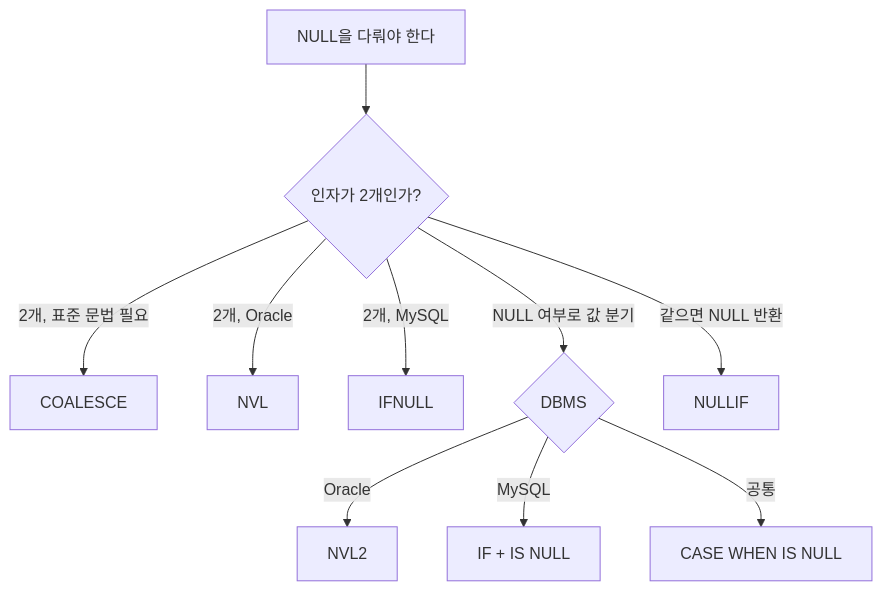
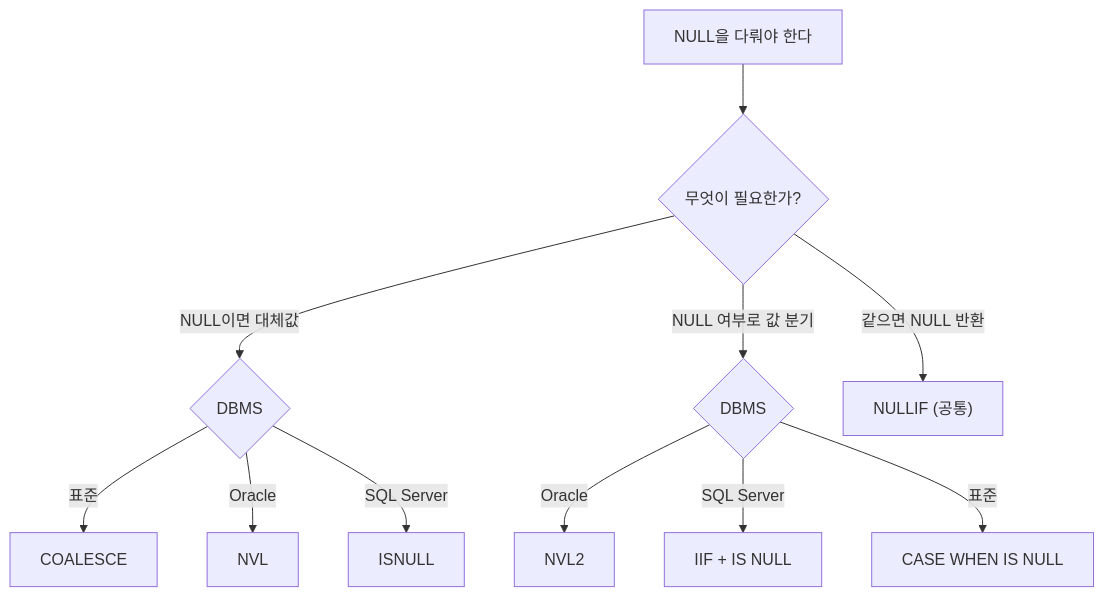
The first of 4 diagrams in _posts/sql/2026-08-07-sql-oracle-sql-server.md (sungjin-dev/sungjin-dev.github.io), drawn with Mermaid before and after one commit. The commit also changed other lines of this file, not shown here.

````diff
--- a/_posts/sql/2026-08-07-sql-oracle-sql-server.md
+++ b/_posts/sql/2026-08-07-sql-oracle-sql-server.md
@@ -108,12 +123,13 @@
 ```mermaid
 flowchart TD
-    A["NULL을 다뤄야 한다"] --> B{"인자가 2개인가?"}
-    B -->|"2개, 표준 문법 필요"| C["COALESCE"]
-    B -->|"2개, Oracle"| D["NVL"]
-    B -->|"2개, MySQL"| E["IFNULL"]
-    B -->|"NULL 여부로 값 분기"| F{"DBMS"}
-    F -->|Oracle| G["NVL2"]
-    F -->|MySQL| H["IF + IS NULL"]
-    F -->|"공통"| I["CASE WHEN IS NULL"]
-    B -->|"같으면 NULL 반환"| J["NULLIF"]
+    A["NULL을 다뤄야 한다"] --> B{"무엇이 필요한가?"}
+    B -->|"NULL이면 대체값"| C{"DBMS"}
+    C -->|"표준"| C1["COALESCE"]
+    C -->|Oracle| C2["NVL"]
+    C -->|"SQL Server"| C3["ISNULL"]
+    B -->|"NULL 여부로 값 분기"| D{"DBMS"}
+    D -->|Oracle| D1["NVL2"]
+    D -->|"SQL Server"| D2["IIF + IS NULL"]
+    D -->|"표준"| D3["CASE WHEN IS NULL"]
+    B -->|"같으면 NULL 반환"| E["NULLIF (공통)"]
 ```
````
